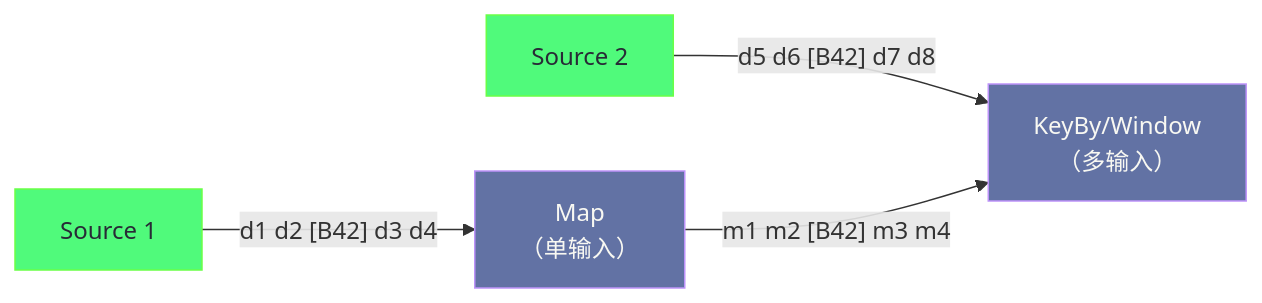
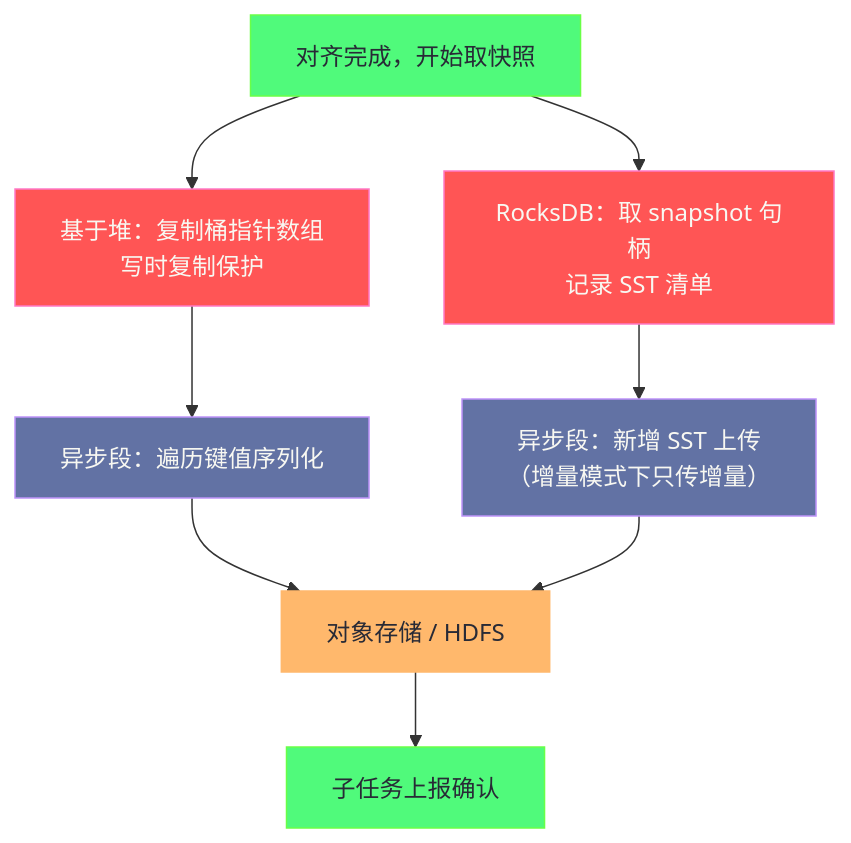
The third of 4 diagrams in content/大数据/Flink/Flink原理深度解析与性能优化/06 Flink Checkpoint 机制深度解析.md (hpliStartAgain/my-brain), drawn with Mermaid before and after one commit. The commit also changed other lines of this file and 455 other files, not shown here.

````diff
--- a/content/大数据/Flink/Flink原理深度解析与性能优化/06 Flink Checkpoint 机制深度解析.md
+++ b/content/大数据/Flink/Flink原理深度解析与性能优化/06 Flink Checkpoint 机制深度解析.md
@@ -55,17 +294,17 @@
 ```mermaid
 %%{init: {'theme': 'dracula'}}%%
-graph LR
-    classDef source fill:#50fa7b,stroke:#69ff47,color:#282a36
-    classDef op fill:#6272a4,stroke:#bd93f9,color:#f8f8f2
-    classDef barrier fill:#ff5555,stroke:#ff79c6,color:#f8f8f2
-    classDef data fill:#ffb86c,stroke:#ffb86c,color:#282a36
+graph TD
+    classDef sync fill:#ff5555,stroke:#ff79c6,color:#f8f8f2
+    classDef async fill:#6272a4,stroke:#bd93f9,color:#f8f8f2
+    classDef store fill:#ffb86c,stroke:#ffb86c,color:#282a36
+    classDef op fill:#50fa7b,stroke:#69ff47,color:#282a36
 
-    S1["Source 1"]:::source
-    S2["Source 2"]:::source
-    M["Map</br>（单输入）"]:::op
-    K["KeyBy/Window</br>（多输入）"]:::op
-
-    S1 -->|"d1 d2 [B42] d3 d4"| M
-    S2 -->|"d5 d6 [B42] d7 d8"| K
-    M  -->|"m1 m2 [B42] m3 m4"| K
+    CK["对齐完成，开始取快照"]:::op
+    CK --> H["基于堆：复制桶指针数组<br/>写时复制保护"]:::sync
+    CK --> R["RocksDB：取 snapshot 句柄<br/>记录 SST 清单"]:::sync
+    H --> HS["异步段：遍历键值序列化"]:::async
+    R --> RS["异步段：新增 SST 上传<br/>（增量模式下只传增量）"]:::async
+    HS --> S1["对象存储 / HDFS"]:::store
+    RS --> S1
+    S1 --> ACK["子任务上报确认"]:::op
 ```
````
